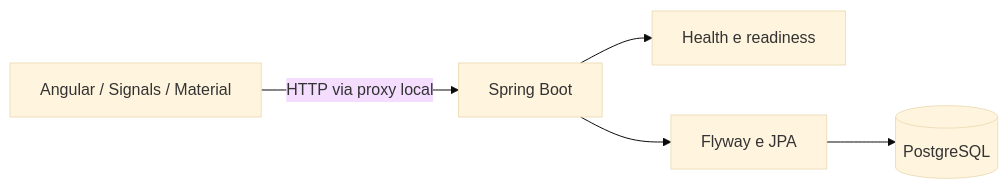
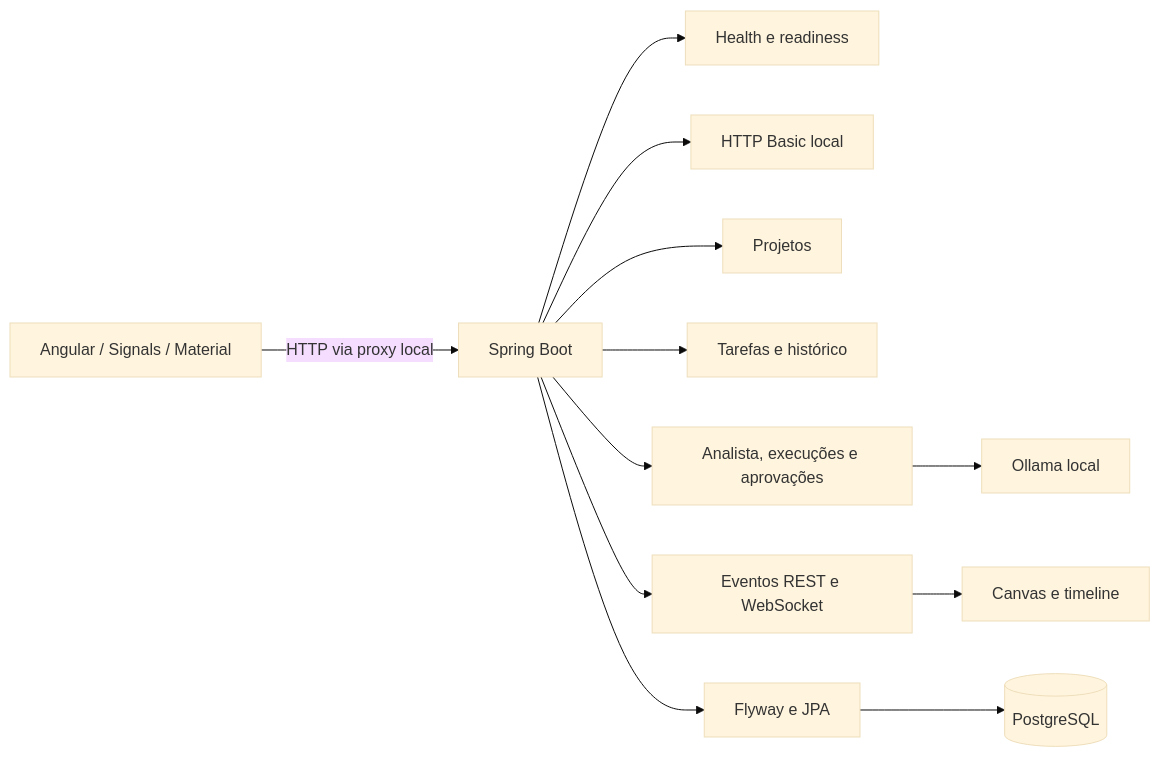
One commit to alfredoalvesti-coder/ai-dev-office changed the diagram in docs/architecture.md. Above: the diagram before and after it, drawn with Mermaid (base theme). The commit also changed other lines of this file and 92 other files, not shown here.

````diff
--- a/docs/architecture.md
+++ b/docs/architecture.md
@@ -7,7 +7,14 @@
 ```mermaid
 flowchart LR
     Angular[Angular / Signals / Material] -->|HTTP via proxy local| Boot[Spring Boot]
     Boot --> Actuator[Health e readiness]
+    Boot --> Security[HTTP Basic local]
+    Boot --> Projects[Projetos]
+    Boot --> Tasks[Tarefas e histórico]
+    Boot --> Agents[Analista, execuções e aprovações]
+    Agents --> Ollama[Ollama local]
+    Boot --> Events[Eventos REST e WebSocket]
+    Events --> Office[Canvas e timeline]
     Boot --> Flyway[Flyway e JPA]
     Flyway --> PostgreSQL[(PostgreSQL)]
 ```
````
